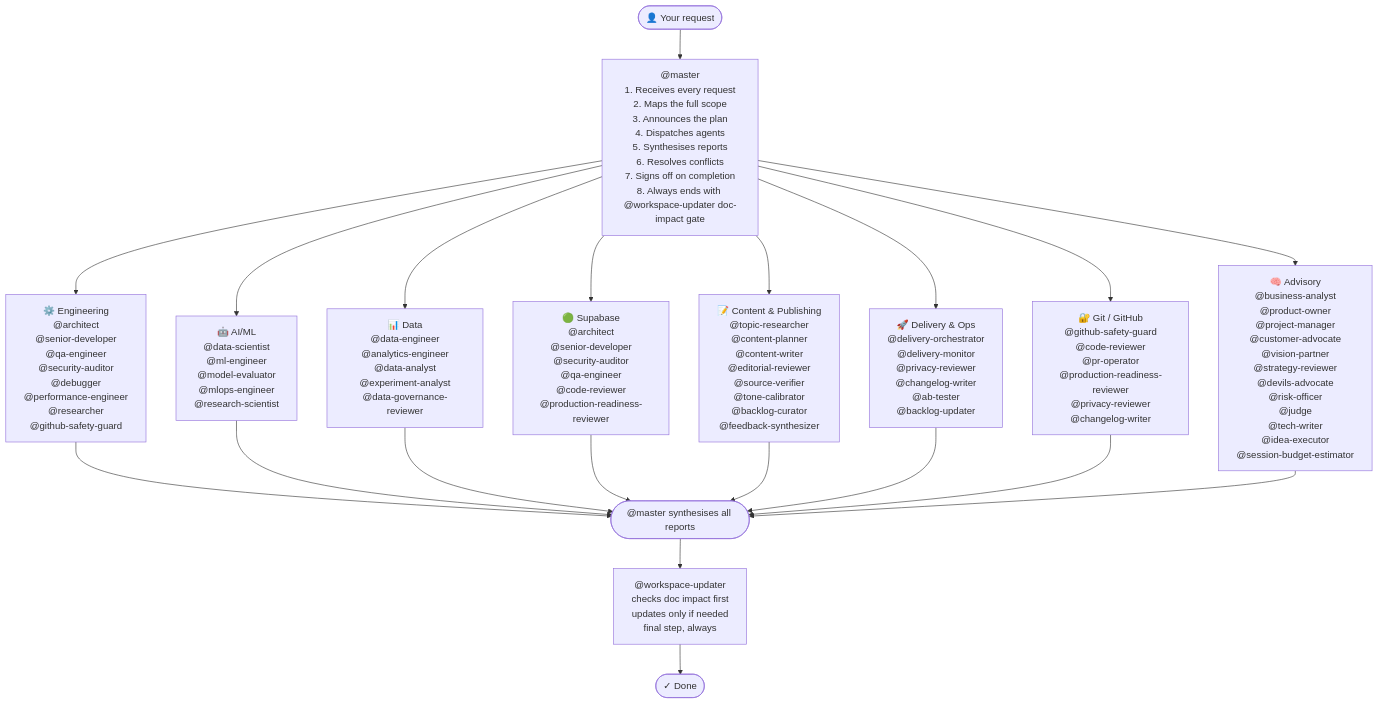
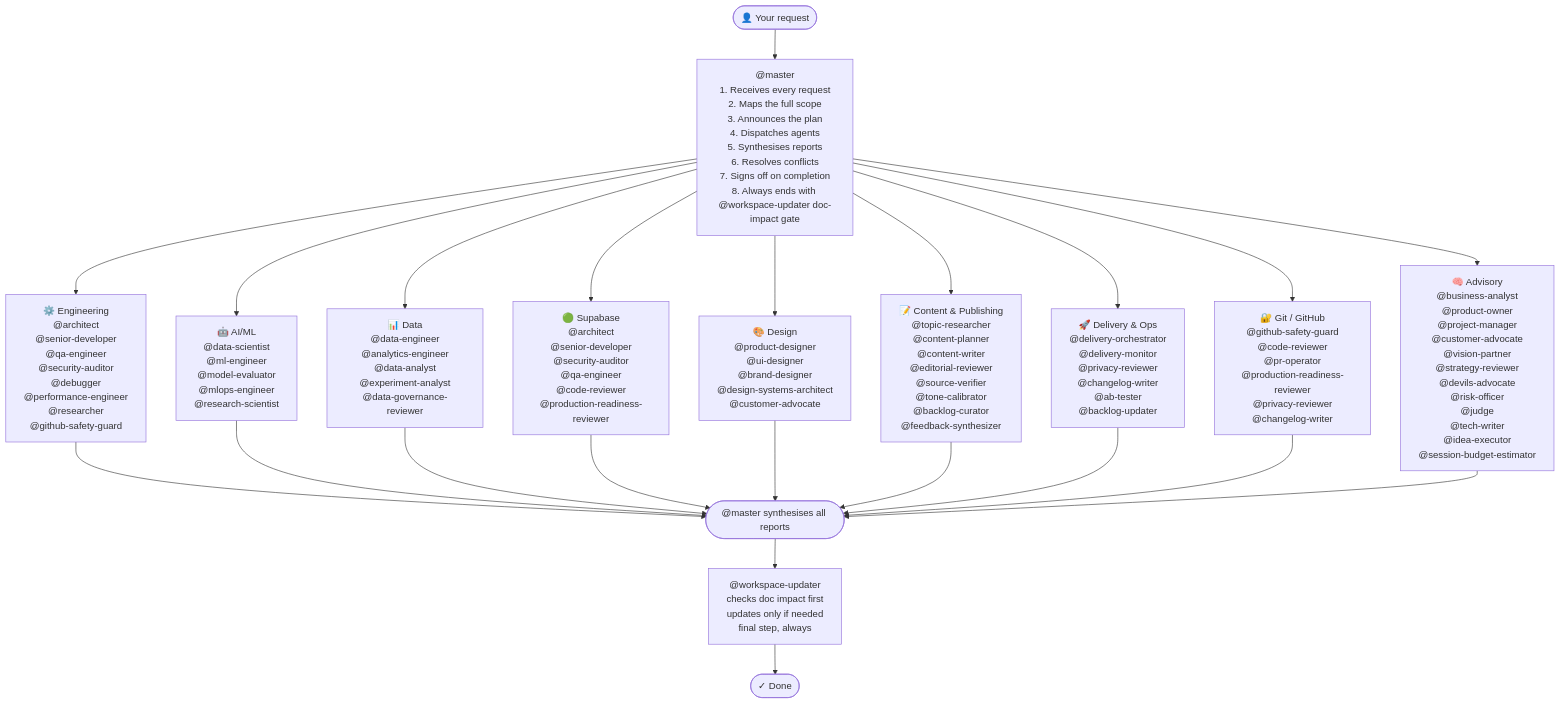
One commit to Konstantinos-Sakellariou/claude-team-kit changed the diagram in README.md. Above: the diagram before and after it, drawn with Mermaid. The commit also changed other lines of this file and 20 other files, not shown here.

````diff
--- a/README.md
+++ b/README.md
@@ -259,31 +259,33 @@
 ```mermaid
 flowchart TD
     USER(["👤 Your request"])
     USER --> MASTER
 
     MASTER["@master\n1. Receives every request\n2. Maps the full scope\n3. Announces the plan\n4. Dispatches agents\n5. Synthesises reports\n6. Resolves conflicts\n7. Signs off on completion\n8. Always ends with @workspace-updater doc-impact gate"]
 
     MASTER --> ENG["⚙️ Engineering\n@architect\n@senior-developer\n@qa-engineer\n@security-auditor\n@debugger\n@performance-engineer\n@researcher\n@github-safety-guard"]
     MASTER --> ML["🤖 AI/ML\n@data-scientist\n@ml-engineer\n@model-evaluator\n@mlops-engineer\n@research-scientist"]
     MASTER --> DATA["📊 Data\n@data-engineer\n@analytics-engineer\n@data-analyst\n@experiment-analyst\n@data-governance-reviewer"]
     MASTER --> SUPA["🟢 Supabase\n@architect\n@senior-developer\n@security-auditor\n@qa-engineer\n@code-reviewer\n@production-readiness-reviewer"]
+    MASTER --> DESIGN["🎨 Design\n@product-designer\n@ui-designer\n@brand-designer\n@design-systems-architect\n@customer-advocate"]
 
     MASTER --> CONT["📝 Content & Publishing\n@topic-researcher\n@content-planner\n@content-writer\n@editorial-reviewer\n@source-verifier\n@tone-calibrator\n@backlog-curator\n@feedback-synthesizer"]
 
     MASTER --> DELIV["🚀 Delivery & Ops\n@delivery-orchestrator\n@delivery-monitor\n@privacy-reviewer\n@changelog-writer\n@ab-tester\n@backlog-updater"]
     MASTER --> GIT["🔐 Git / GitHub\n@github-safety-guard\n@code-reviewer\n@pr-operator\n@production-readiness-reviewer\n@privacy-reviewer\n@changelog-writer"]
 
     MASTER --> ADV["🧠 Advisory\n@business-analyst\n@product-owner\n@project-manager\n@customer-advocate\n@vision-partner\n@strategy-reviewer\n@devils-advocate\n@risk-officer\n@judge\n@tech-writer\n@idea-executor\n@session-budget-estimator"]
 
     ENG --> SYNTH(["@master synthesises all reports"])
     ML --> SYNTH
     DATA --> SYNTH
     SUPA --> SYNTH
+    DESIGN --> SYNTH
     CONT --> SYNTH
     DELIV --> SYNTH
     GIT --> SYNTH
     ADV --> SYNTH
 
     SYNTH --> WU["@workspace-updater\nchecks doc impact first\nupdates only if needed\nfinal step, always"]
     WU --> DONE(["✓ Done"])
 ```
````
